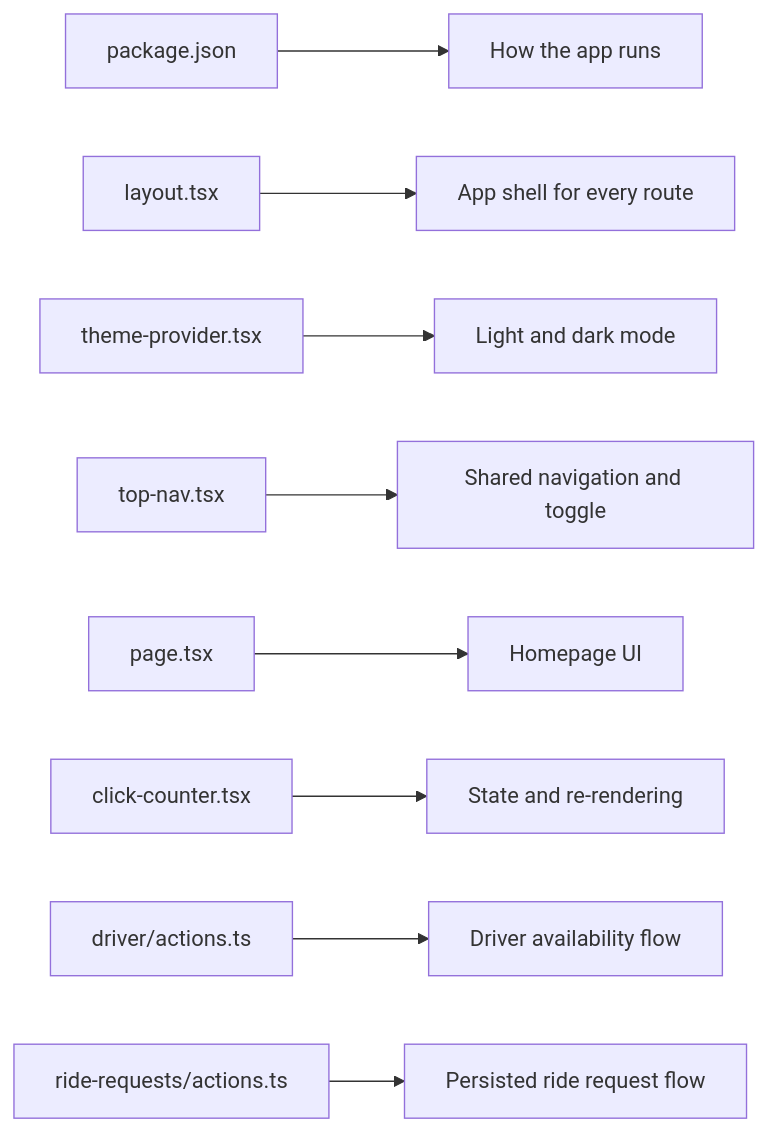
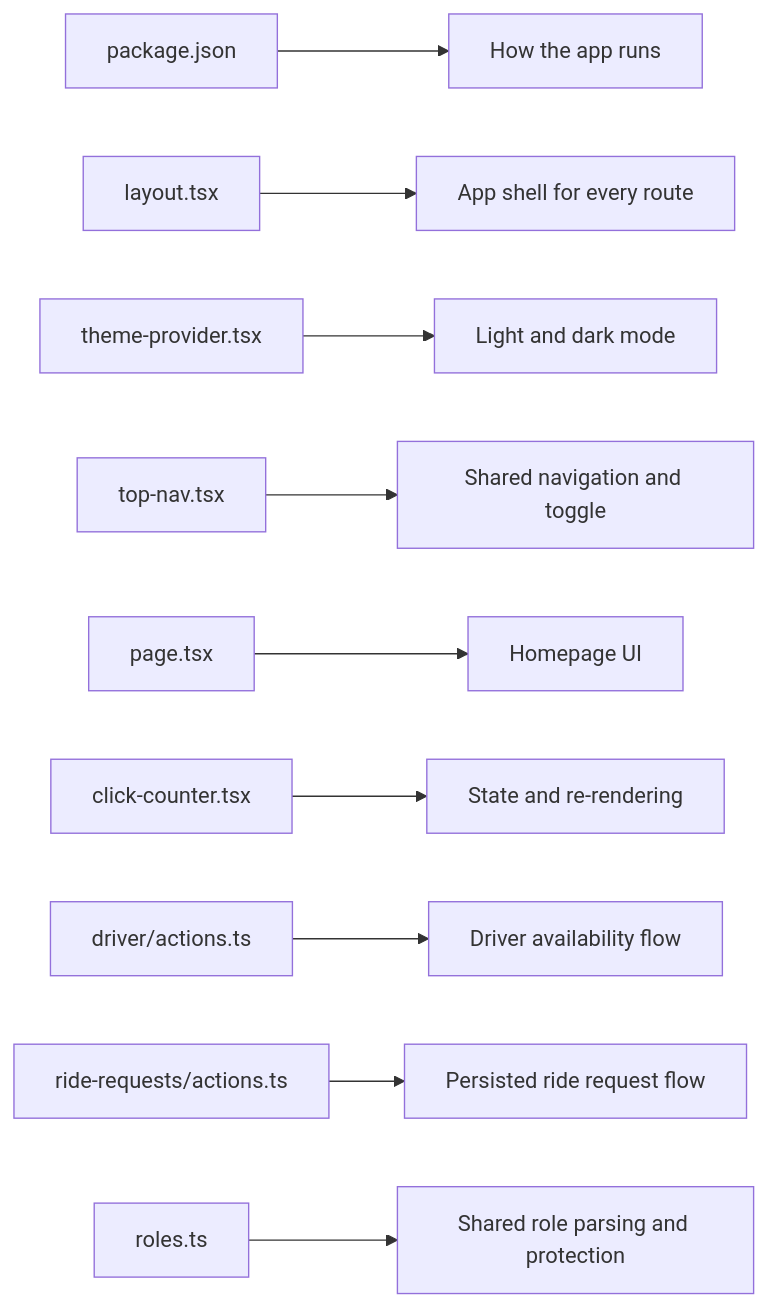
One commit to matthewlovestocode/designated changed the second of 2 diagrams in docs/web/overview.md. Above: the diagram before and after it, drawn with Mermaid. The commit also changed other lines of this file and 26 other files, not shown here.

````diff
--- a/docs/web/overview.md
+++ b/docs/web/overview.md
@@ -108,11 +111,12 @@
 ```mermaid
 flowchart LR
     A["package.json"] --> B["How the app runs"]
     C["layout.tsx"] --> D["App shell for every route"]
     E["theme-provider.tsx"] --> F["Light and dark mode"]
     G["top-nav.tsx"] --> H["Shared navigation and toggle"]
     I["page.tsx"] --> J["Homepage UI"]
     K["click-counter.tsx"] --> L["State and re-rendering"]
     M["driver/actions.ts"] --> N["Driver availability flow"]
     O["ride-requests/actions.ts"] --> P["Persisted ride request flow"]
+    Q["roles.ts"] --> R["Shared role parsing and protection"]
 ```
````
